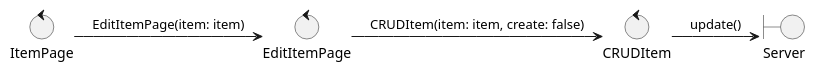
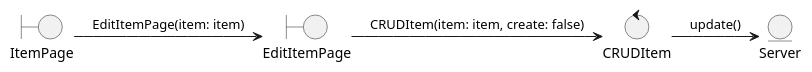
One commit to stnDinus/skpl_apbo_diagrams changed the diagram in upd_item_colab.puml. Above: the diagram before and after it, drawn with PlantUML. The commit also changed 8 other files, not shown here.

```diff
--- a/upd_item_colab.puml
+++ b/upd_item_colab.puml
@@ -1,10 +1,10 @@
 @startuml
-control ItemPage
-control EditItemPage
+boundary ItemPage
+boundary EditItemPage
 control CRUDItem
-boundary Server
+entity Server
 
 (ItemPage) -> (EditItemPage): EditItemPage(item: item)
 (EditItemPage) -> (CRUDItem): CRUDItem(item: item, create: false)
 (CRUDItem) -> (Server): update()
 @enduml
```
